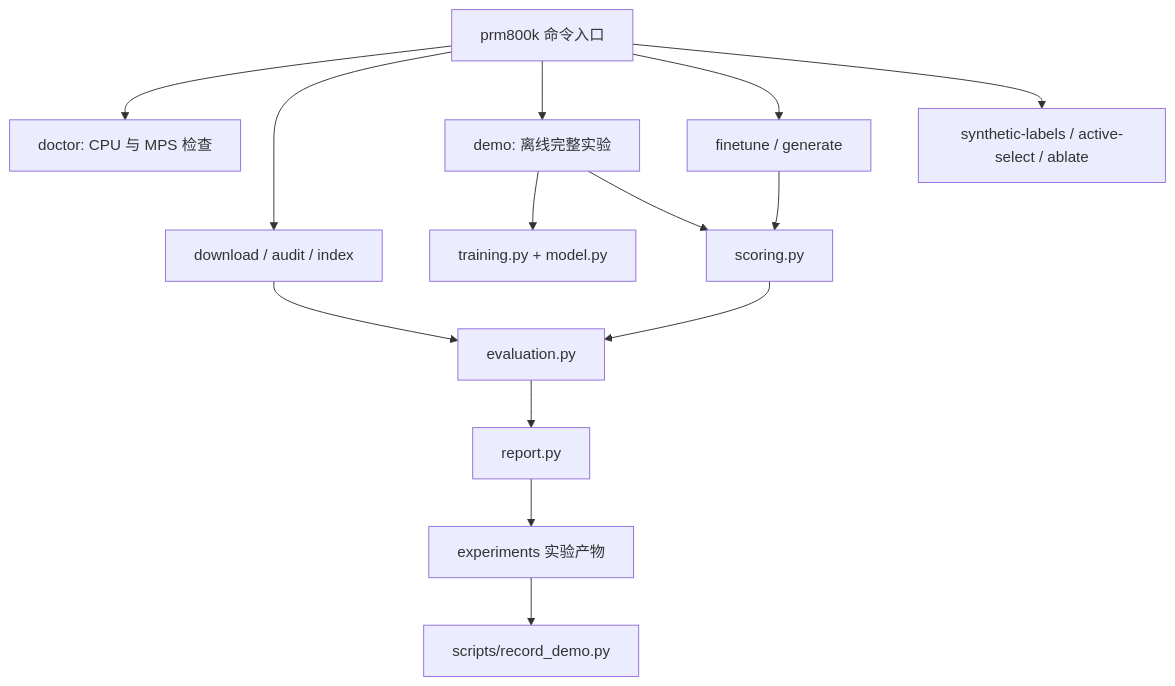
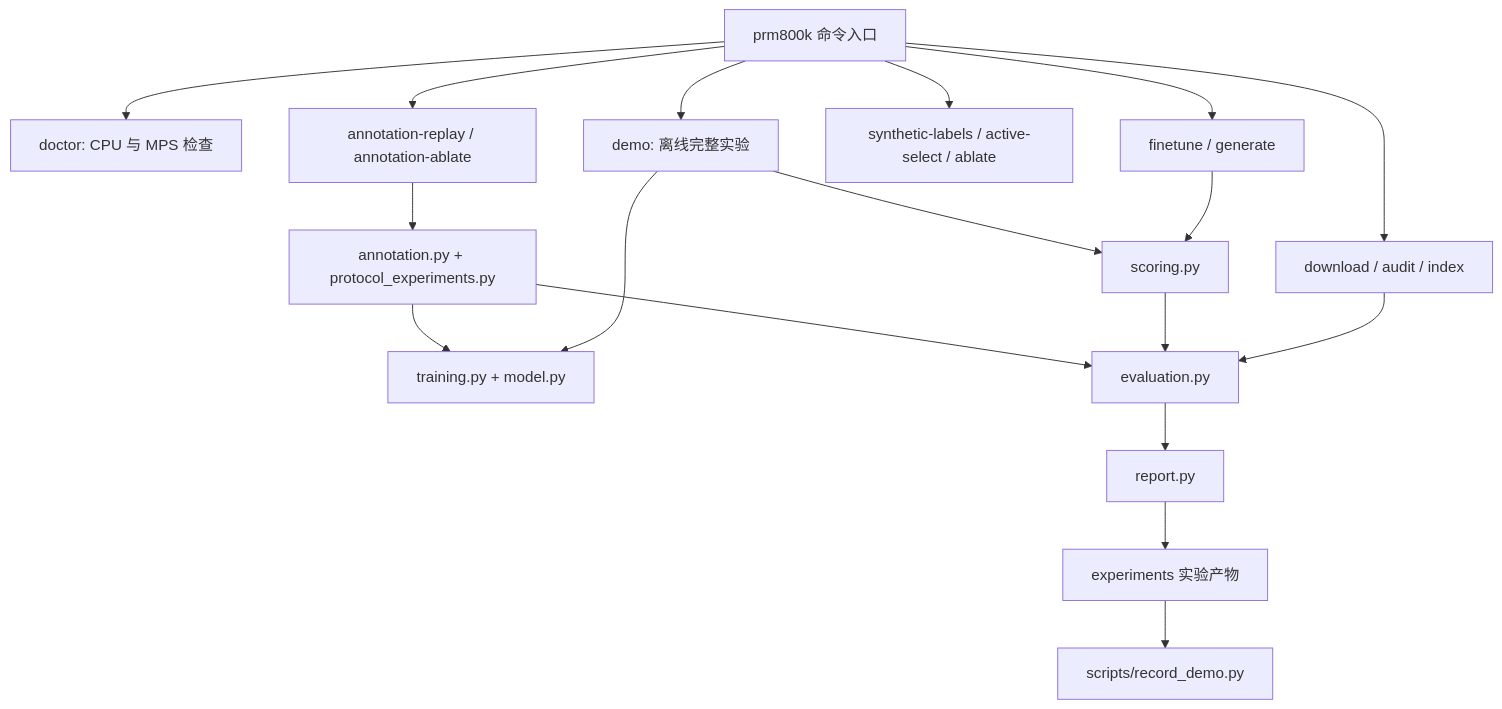
The second of 3 diagrams in README.zh-CN.md (InfronAI/Stepwise-Lab), drawn with Mermaid before and after one commit. The commit also changed other lines of this file and 205 other files, not shown here.

Commit message:
Add annotation state machines and paired protocol experiments

````diff
--- a/README.zh-CN.md
+++ b/README.zh-CN.md
@@ -91,16 +92,20 @@
 ```mermaid
 flowchart TD
     CLI[prm800k 命令入口] --> Doctor[doctor: CPU 与 MPS 检查]
     CLI --> Data[download / audit / index]
     CLI --> Demo[demo: 离线完整实验]
     CLI --> Gen[finetune / generate]
     CLI --> Ablate[synthetic-labels / active-select / ablate]
+    CLI --> Annotation[annotation-replay / annotation-ablate]
+    Annotation --> Protocol[annotation.py + protocol_experiments.py]
+    Protocol --> Train
+    Protocol --> Eval
     Demo --> Train[training.py + model.py]
     Demo --> Score[scoring.py]
     Gen --> Score
     Score --> Eval[evaluation.py]
     Data --> Eval
     Eval --> Report[report.py]
     Report --> Files[experiments 实验产物]
     Files --> Video[scripts/record_demo.py]
 ```
````
